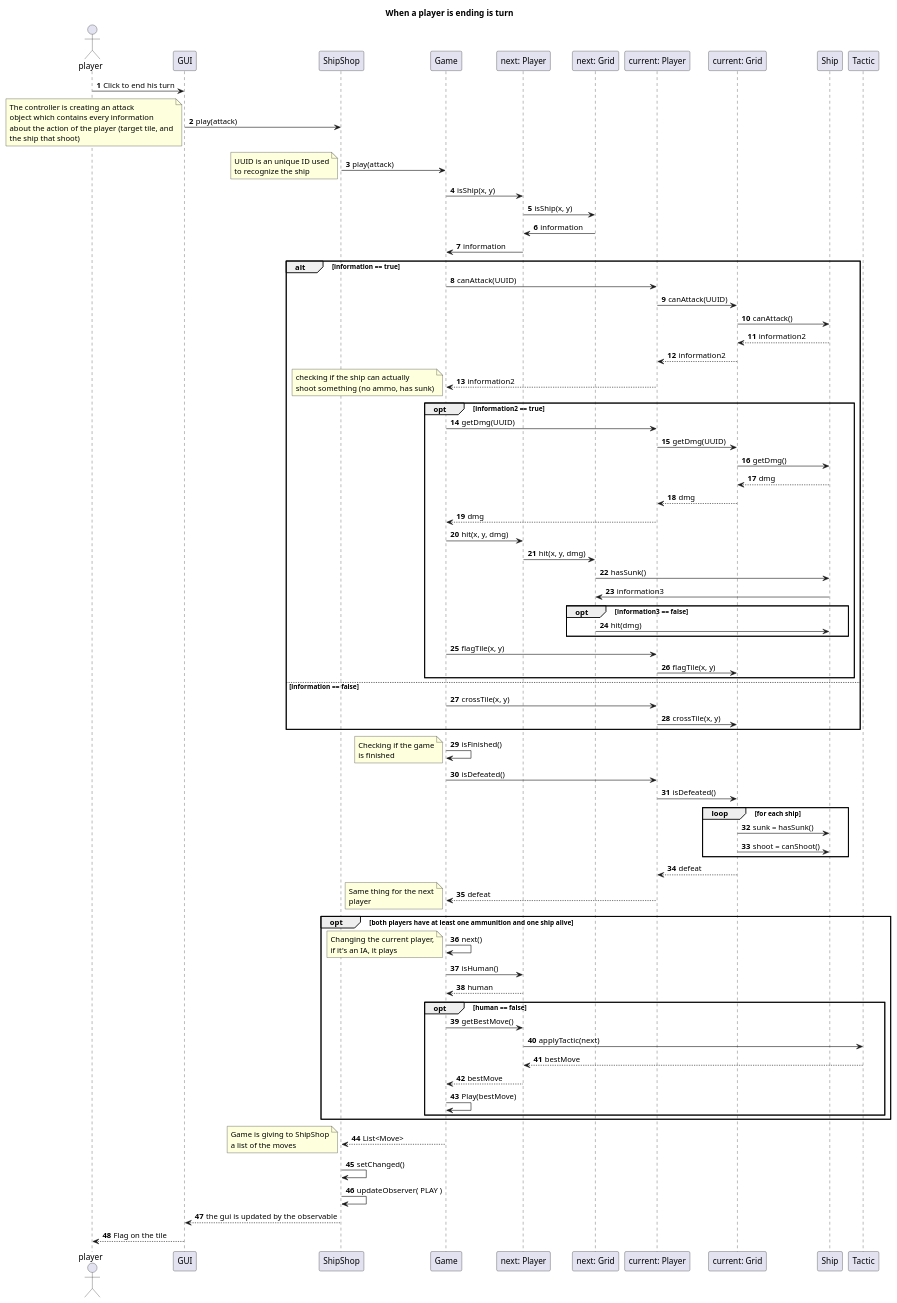
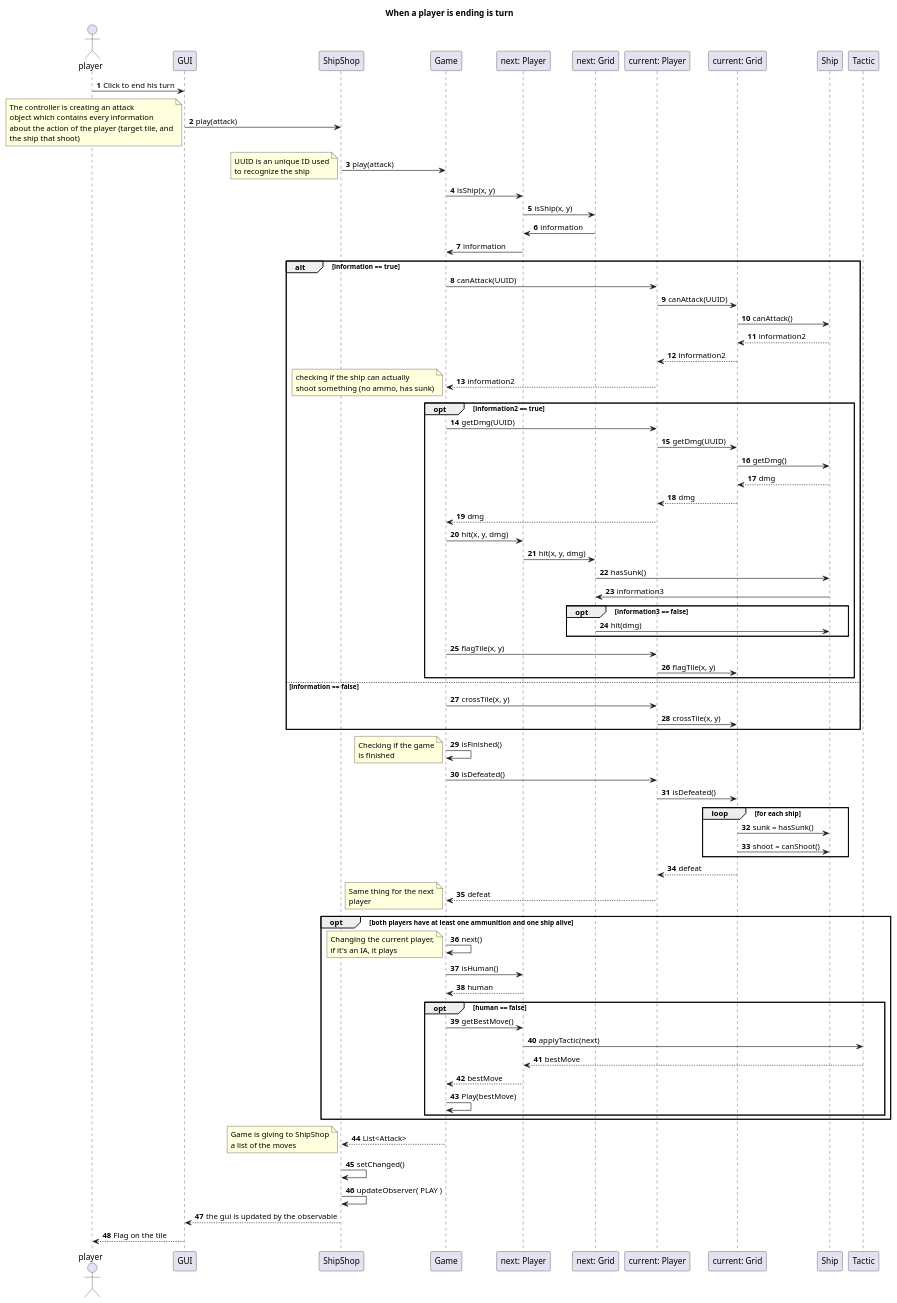
Before and after one commit to Reynault/ShipShop: the diagram in doc/conception/pmul/sequence/play.puml, drawn with PlantUML. The commit also changed 1 other file, not shown here.

Commit message:
Adding play diagram

```diff
--- a/doc/conception/pmul/sequence/play.puml
+++ b/doc/conception/pmul/sequence/play.puml
@@ -1,169 +1,169 @@
 @startuml
 
 title When a player is ending is turn
 
 autonumber
 actor player
 
 player -> GUI: Click to end his turn
 
 GUI -> ShipShop: play(attack)
 
 note left
 The controller is creating an attack
 object which contains every information
 about the action of the player (target tile, and
 the ship that shoot)
 end note
 
 ShipShop -> Game: play(attack)
 
 
 note left
 UUID is an unique ID used
 to recognize the ship
 end note
 
 Game -> "next: Player": isShip(x, y)
 
 "next: Player" -> "next: Grid": isShip(x, y)
 
 "next: Grid" -> "next: Player": information
 
 "next: Player" -> Game: information
 
 alt information == true
 
     Game -> "current: Player": canAttack(UUID)
 
     "current: Player" -> "current: Grid": canAttack(UUID)
 
     "current: Grid" -> Ship: canAttack()
 
     Ship --> "current: Grid": information2
 
     "current: Grid" --> "current: Player": information2
 
     "current: Player" --> Game: information2
 
     opt information2 == true
 
         note left
             checking if the ship can actually
             shoot something (no ammo, has sunk)
         end note
 
         Game -> "current: Player": getDmg(UUID)
 
         "current: Player" -> "current: Grid": getDmg(UUID)
 
         "current: Grid" -> Ship: getDmg()
 
         Ship --> "current: Grid": dmg
 
         "current: Grid" --> "current: Player": dmg
 
         "current: Player" --> Game: dmg
 
         Game -> "next: Player": hit(x, y, dmg)
 
         "next: Player" -> "next: Grid": hit(x, y, dmg)
 
         "next: Grid" -> Ship: hasSunk()
 
         Ship -> "next: Grid": information3
 
         opt information3 == false
 
             "next: Grid" -> Ship: hit(dmg)
 
         end
 
         Game -> "current: Player": flagTile(x, y)
 
         "current: Player" -> "current: Grid": flagTile(x, y)
 
     end
 
 else information == false
 
     Game -> "current: Player": crossTile(x, y)
 
     "current: Player" -> "current: Grid": crossTile(x, y)
 
 end
 
 Game -> Game: isFinished()
 
 note left
     Checking if the game
     is finished
 end note
 
 Game -> "current: Player": isDefeated()
 
 "current: Player" -> "current: Grid": isDefeated()
 
 loop for each ship
 
     "current: Grid" -> Ship: sunk = hasSunk()
 
     "current: Grid" -> Ship: shoot = canShoot()
 
 end
 
 "current: Grid" --> "current: Player": defeat
 
 "current: Player" --> Game: defeat
 
 note left
     Same thing for the next
     player
 end note
 
 
 opt both players have at least one ammunition and one ship alive
 
     Game -> Game: next()
 
     note left
         Changing the current player,
         if it's an IA, it plays
     end note
 
     Game -> "next: Player": isHuman()
 
     "next: Player" --> Game: human
 
     opt human == false
 
         Game -> "next: Player": getBestMove()
 
         "next: Player" -> Tactic: applyTactic(next)
 
         Tactic --> "next: Player": bestMove
 
         "next: Player" --> Game: bestMove
 
         Game -> Game: Play(bestMove)
 
     end
 
 end
 
-Game --> ShipShop: List<Move>
+Game --> ShipShop: List<Attack>
 
 note left
     Game is giving to ShipShop
     a list of the moves
 end note
 
 ShipShop -> ShipShop: setChanged()
 
 ShipShop -> ShipShop: updateObserver( PLAY )
 
 ShipShop --> GUI: the gui is updated by the observable
 
 GUI --> player: Flag on the tile
 
 @enduml
```
